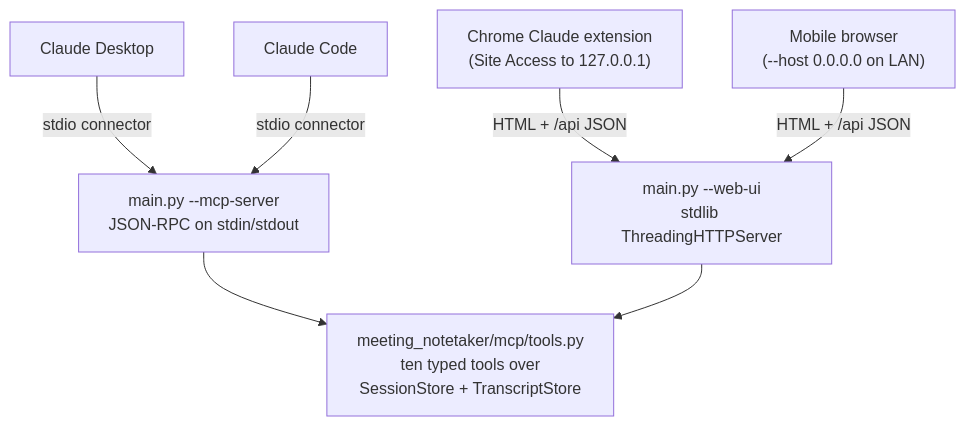
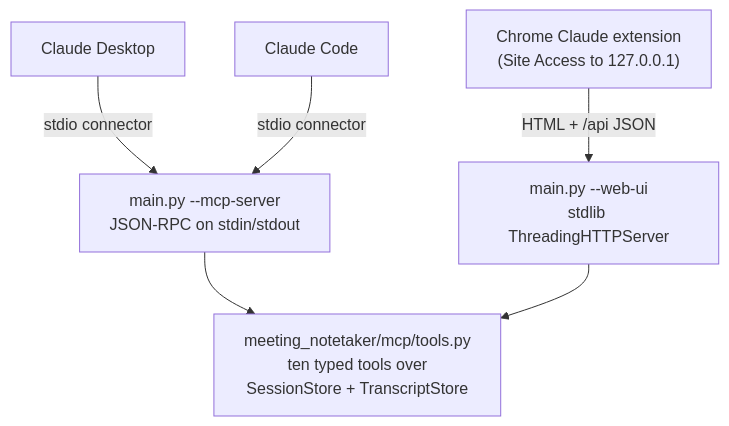
Before and after one commit to aarondodd/meeting-notetaker: the sixth of 7 diagrams in README.md, drawn with Mermaid. The commit also changed other lines of this file and 11 other files, not shown here.

First line of the commit message:
Move user guide to docs/user-guide and scrub LAN/mobile references

````diff
--- a/README.md
+++ b/README.md
@@ -1276,21 +488,19 @@
 ```mermaid
 flowchart TD
     tools[meeting_notetaker/mcp/tools.py<br/>ten typed tools over<br/>SessionStore + TranscriptStore]
 
     stdio["main.py --mcp-server<br/>JSON-RPC on stdin/stdout"]
     webui["main.py --web-ui<br/>stdlib ThreadingHTTPServer"]
 
     desktop[Claude Desktop]
     code[Claude Code]
     chrome["Chrome Claude extension<br/>(Site Access to 127.0.0.1)"]
-    phone["Mobile browser<br/>(--host 0.0.0.0 on LAN)"]
 
     stdio --> tools
     webui --> tools
 
     desktop -->|stdio connector| stdio
     code -->|stdio connector| stdio
 
     chrome -->|HTML + /api JSON| webui
-    phone -->|HTML + /api JSON| webui
 ```
````
